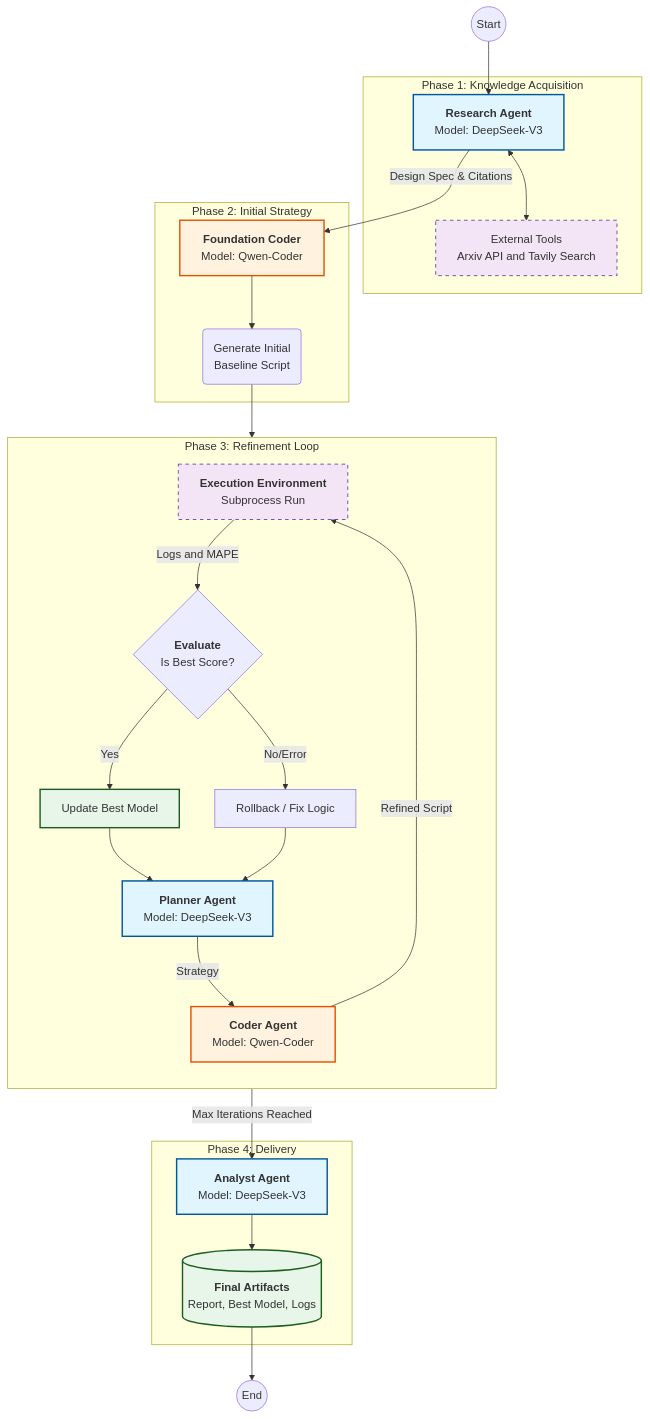
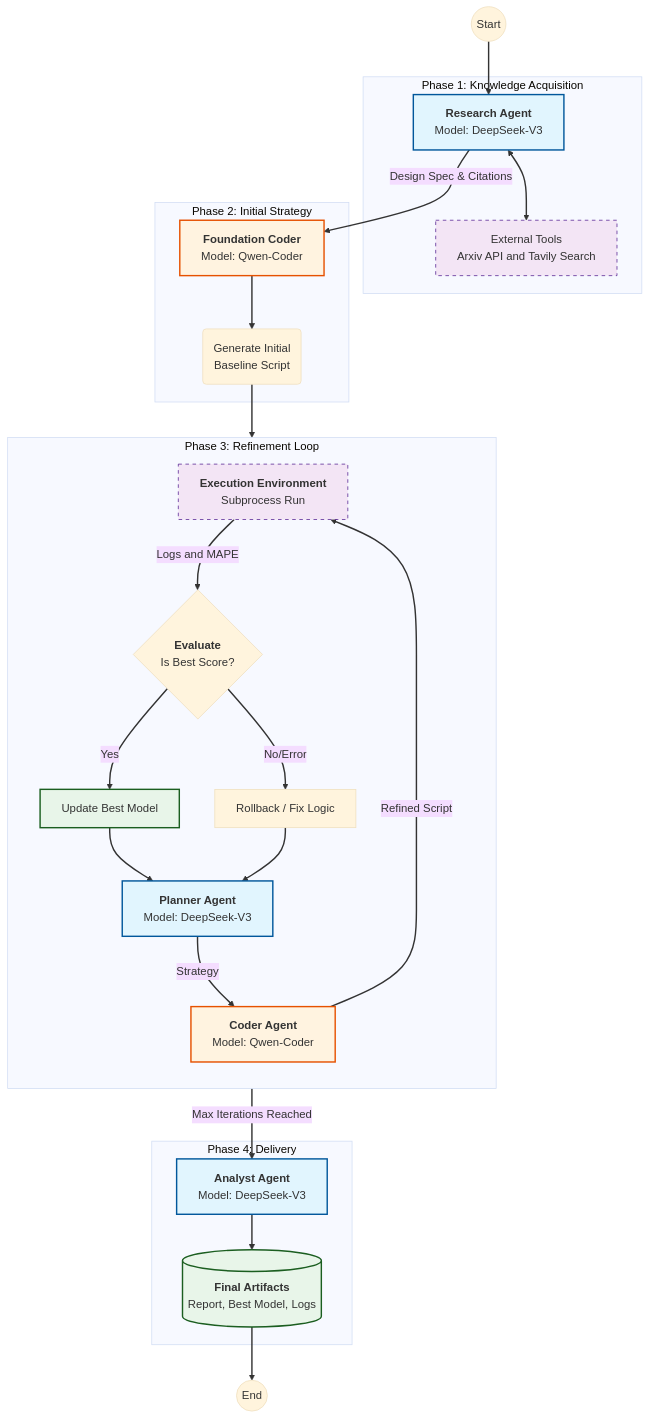
The diagram in README.md (Mattis3858/MLE_star_agent), drawn with Mermaid before and after one commit.

Commit message:
update graph

````diff
--- a/README.md
+++ b/README.md
@@ -22,54 +22,55 @@
 ```mermaid
+%%{init: {'theme': 'base', 'themeVariables': { 'fontSize': '16px', 'fontFamily': 'arial', 'darkMode': false }}}%%
 graph TD
     classDef reasoner fill:#e1f5fe,stroke:#01579b,stroke-width:2px;
     classDef coder fill:#fff3e0,stroke:#e65100,stroke-width:2px;
     classDef process fill:#f3e5f5,stroke:#4a148c,stroke-width:1px,stroke-dasharray: 5 5;
     classDef storage fill:#e8f5e9,stroke:#1b5e20,stroke-width:2px;
 
     Start((Start)) --> Research
 
     subgraph "Phase 1: Knowledge Acquisition"
         Research[<b>Research Agent</b><br/>Model: DeepSeek-V3]:::reasoner
         Tools[External Tools<br/>Arxiv API and Tavily Search]:::process
         Research <--> Tools
     end
 
     Research -->|Design Spec & Citations| Foundation
 
     subgraph "Phase 2: Initial Strategy"
         Foundation[<b>Foundation Coder</b><br/>Model: Qwen-Coder]:::coder
         BaseCode(Generate Initial<br/>Baseline Script)
         Foundation --> BaseCode
     end
 
     BaseCode --> Execute
 
     subgraph "Phase 3: Refinement Loop"
         direction TB
         Execute[<b>Execution Environment</b><br/>Subprocess Run]:::process
         Execute -->|Logs and MAPE| Evaluator{<b>Evaluate</b><br/>Is Best Score?}
         
         Evaluator -- Yes --> UpdateBest[Update Best Model]:::storage
         Evaluator -- No/Error --> Recovery[Rollback / Fix Logic]
         
         UpdateBest & Recovery --> Planner
         
         Planner[<b>Planner Agent</b><br/>Model: DeepSeek-V3]:::reasoner
         Planner -->|Strategy| Coder
         
         Coder[<b>Coder Agent</b><br/>Model: Qwen-Coder]:::coder
         Coder -->|Refined Script| Execute
     end
 
     Evaluator -- Max Iterations Reached --> Analyst
 
     subgraph "Phase 4: Delivery"
         Analyst[<b>Analyst Agent</b><br/>Model: DeepSeek-V3]:::reasoner
         Artifacts[(<b>Final Artifacts</b><br/>Report, Best Model, Logs)]:::storage
         Analyst --> Artifacts
     end
 
     Artifacts --> End((End))
 
-    linkStyle default stroke:#333,stroke-width:1px;
+    linkStyle default stroke:#333,stroke-width:2px;
 ```
````
